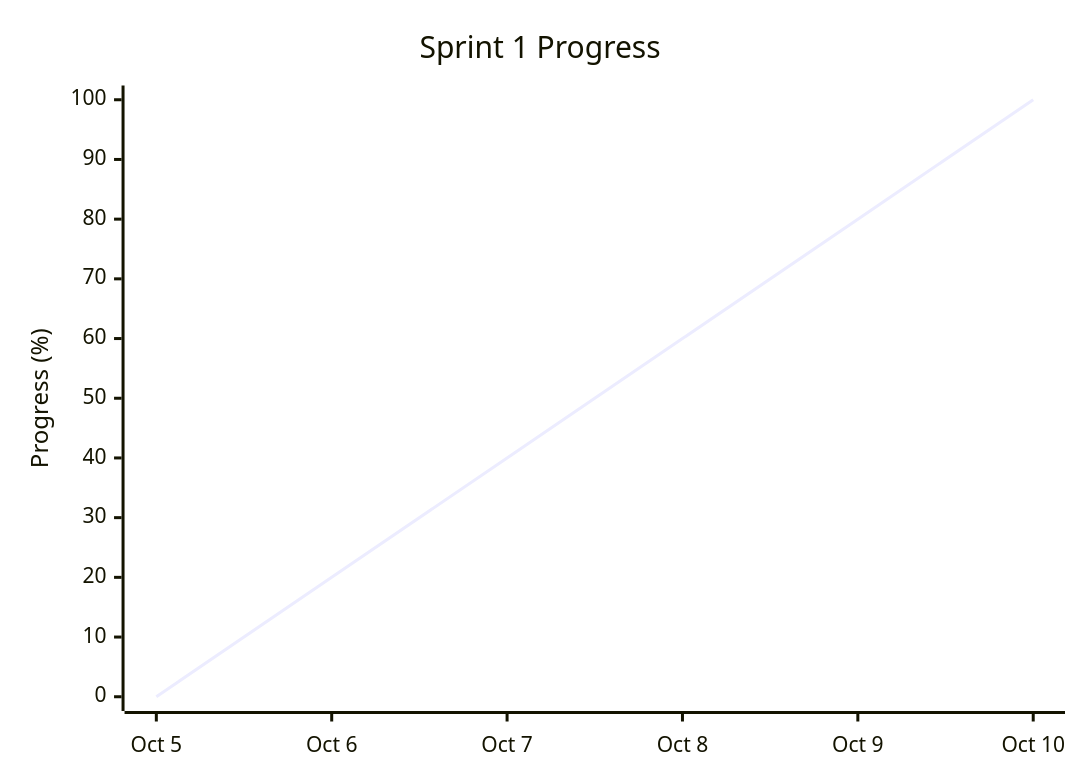
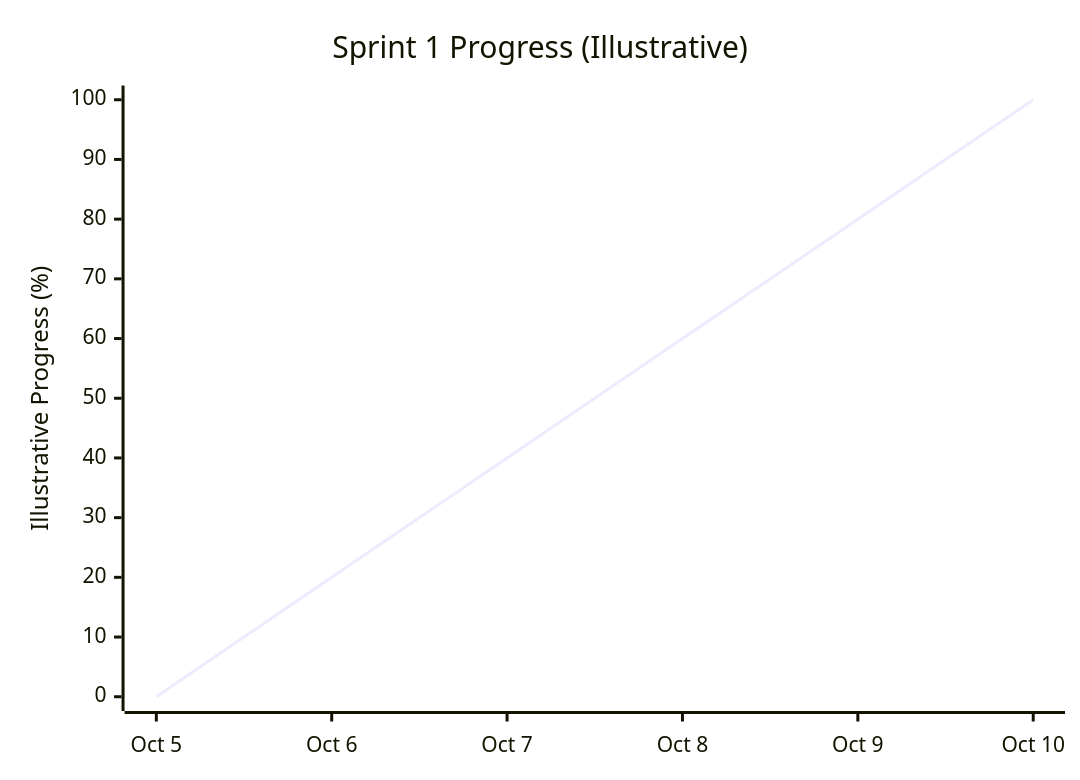
The diagram in Documentation/Sprint-analytics/Sprint-1-Burndown-chart.md (ZohalRiaz/Online-Grocery-Shop), drawn with Mermaid before and after one commit. The commit also changed other lines of this file, not shown here.

First line of the commit message:
Revise Sprint 1 Burndown Report details

````diff
--- a/Documentation/Sprint-analytics/Sprint-1-Burndown-chart.md
+++ b/Documentation/Sprint-analytics/Sprint-1-Burndown-chart.md
@@ -34,7 +34,7 @@
-```mermaid id="sprint1progress"
+```mermaid
 xychart-beta
-    title "Sprint 1 Progress"
+    title "Sprint 1 Progress (Illustrative)"
     x-axis ["Oct 5", "Oct 6", "Oct 7", "Oct 8", "Oct 9", "Oct 10"]
-    y-axis "Progress (%)" 0 --> 100
+    y-axis "Illustrative Progress (%)" 0 --> 100
     line [0, 20, 40, 60, 80, 100]
 ```
````
